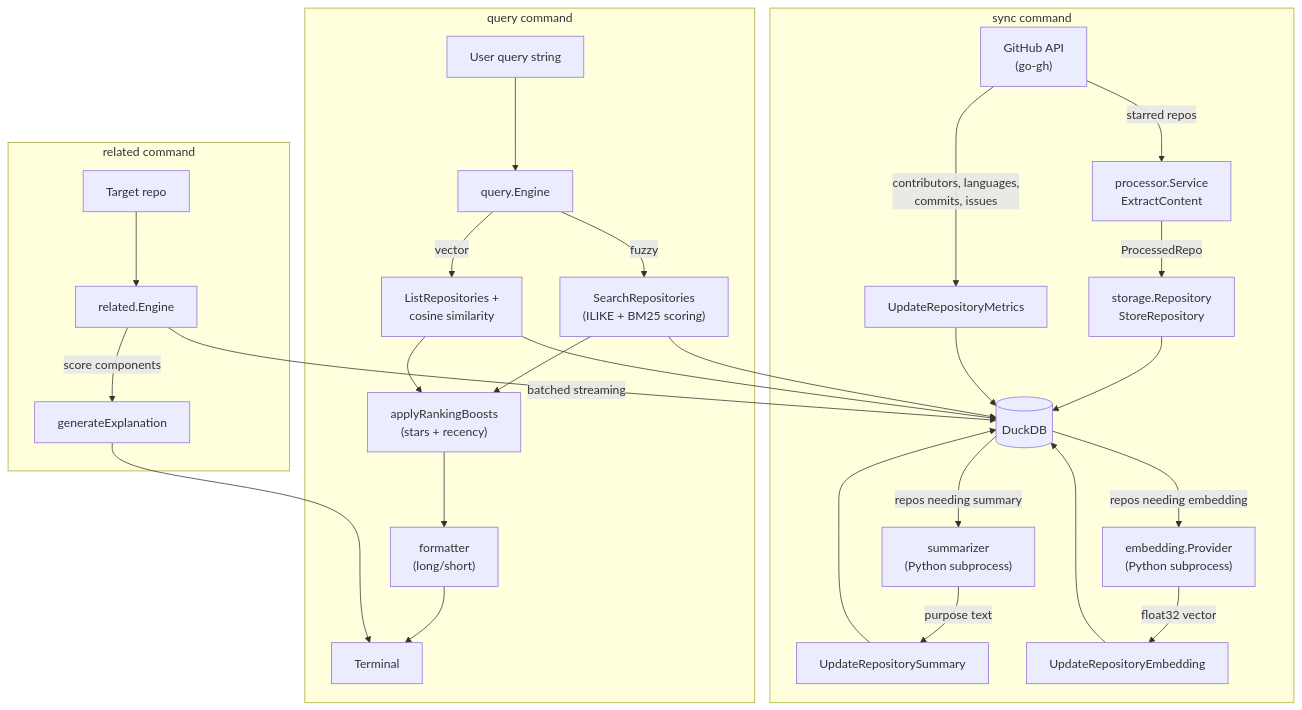
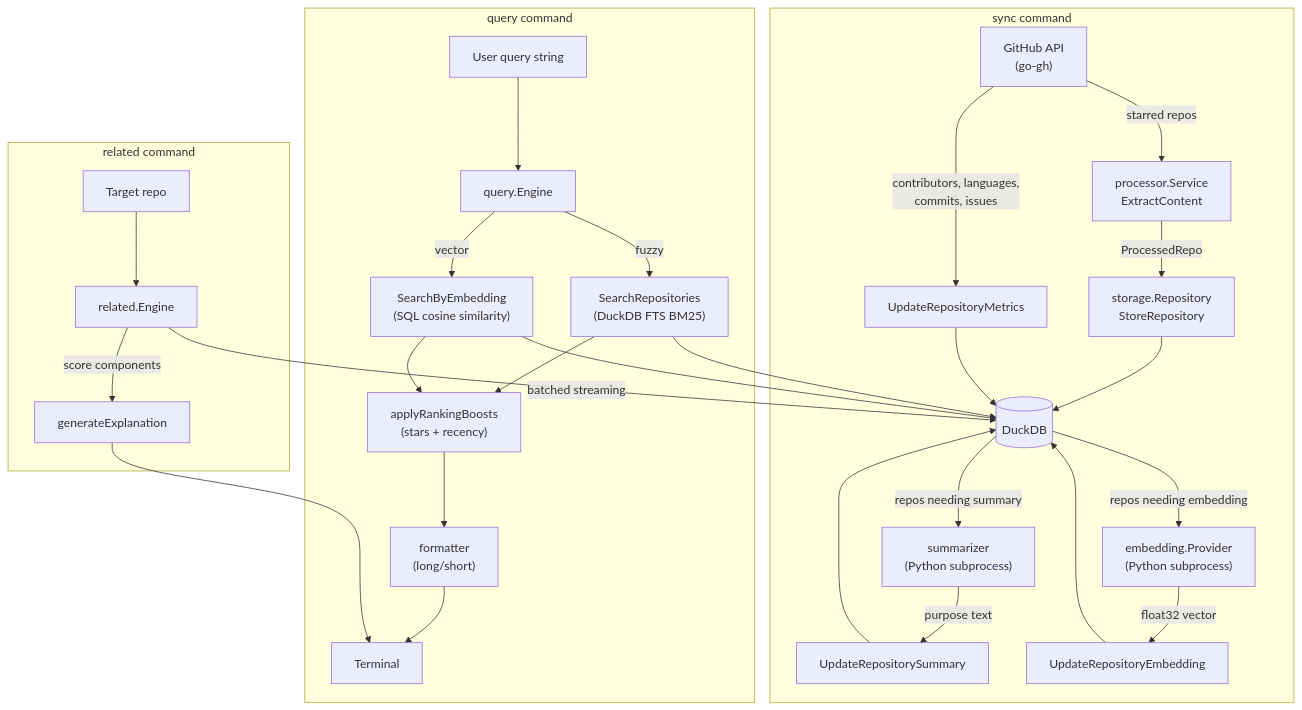
Before and after one commit to KyleKing/gh-star-search: the diagram in DESIGN.md, drawn with Mermaid. The commit also changed other lines of this file and 16 other files, not shown here.

Commit message:
feat: switch custom bm25 to DuckDB FTS

````diff
--- a/DESIGN.md
+++ b/DESIGN.md
@@ -30,35 +30,35 @@
 ```mermaid
 flowchart TD
     subgraph Sync["sync command"]
         GH["GitHub API<br/>(go-gh)"] -->|starred repos| Proc["processor.Service<br/>ExtractContent"]
         Proc -->|ProcessedRepo| Store["storage.Repository<br/>StoreRepository"]
         Store --> DB[(DuckDB)]
         GH -->|contributors, languages,<br/>commits, issues| Metrics["UpdateRepositoryMetrics"]
         Metrics --> DB
         DB -->|repos needing summary| Summarizer["summarizer<br/>(Python subprocess)"]
         Summarizer -->|purpose text| SumStore["UpdateRepositorySummary"]
         SumStore --> DB
         DB -->|repos needing embedding| Embed["embedding.Provider<br/>(Python subprocess)"]
         Embed -->|float32 vector| EmbStore["UpdateRepositoryEmbedding"]
         EmbStore --> DB
     end
 
     subgraph Query["query command"]
         Input["User query string"] --> Engine["query.Engine"]
-        Engine -->|fuzzy| FSearch["SearchRepositories<br/>(ILIKE + BM25 scoring)"]
-        Engine -->|vector| VSearch["ListRepositories +<br/>cosine similarity"]
+        Engine -->|fuzzy| FSearch["SearchRepositories<br/>(DuckDB FTS BM25)"]
+        Engine -->|vector| VSearch["SearchByEmbedding<br/>(SQL cosine similarity)"]
         FSearch --> DB
         VSearch --> DB
         FSearch --> Rank["applyRankingBoosts<br/>(stars + recency)"]
         VSearch --> Rank
         Rank --> Format["formatter<br/>(long/short)"]
         Format --> Output["Terminal"]
     end
 
     subgraph Related["related command"]
         Target["Target repo"] --> RelEngine["related.Engine"]
         RelEngine -->|batched streaming| DB
         RelEngine -->|score components| Explain["generateExplanation"]
         Explain --> Output
     end
 ```
````
